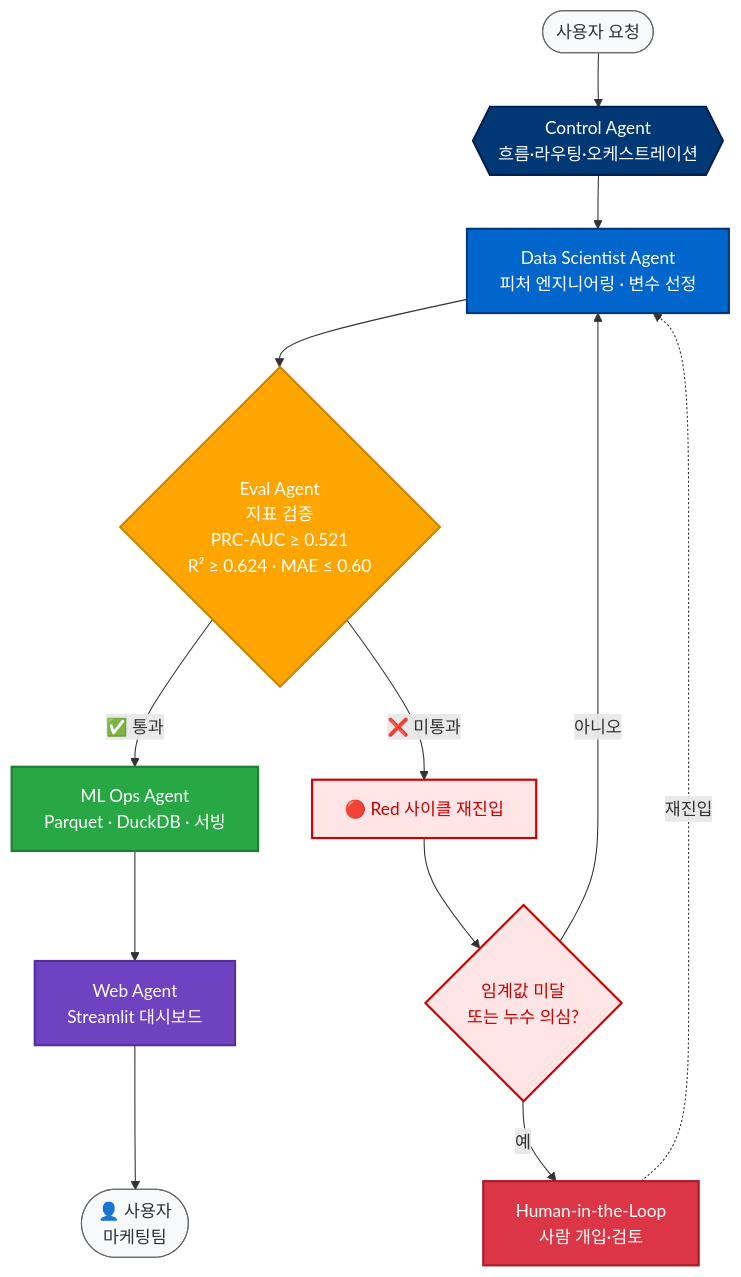
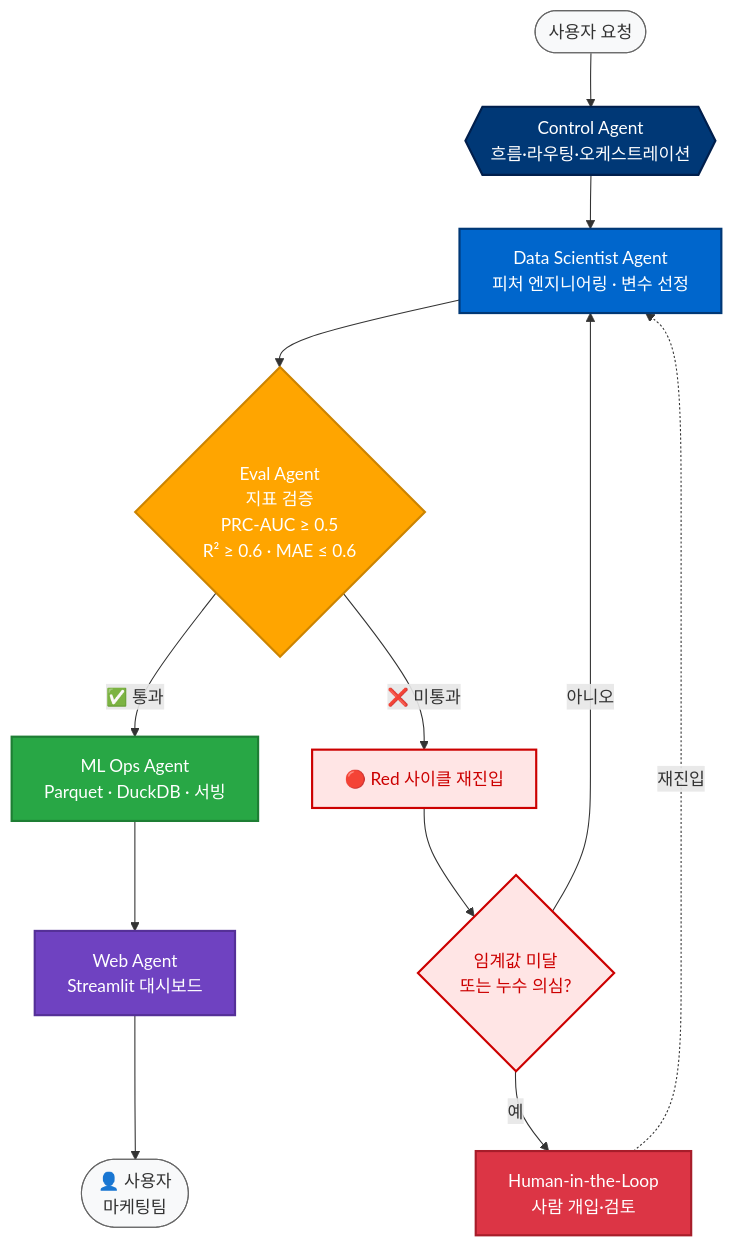
One commit to dkswndus/lg_hellovision_dx_data_school_01 changed the diagram in .github/agents/control-agent.agent.md. Above: the diagram before and after it, drawn with Mermaid. The commit also changed 2 other files, not shown here.

Commit message:
docs: 모델 통과 기준을 둥근값(베이스라인)으로 통일
- PRC-AUC ≥ 0.521 → 0.5 (불균형 데이터 무작위 예측 초과 기준)
- R² ≥ 0.624 → 0.6 (실무 활용 가능 설명력 60% 이상)
- MAE ≤ 0.60 → 0.6 (월 평균 구매 대비 30% 이내 오차)
- Eval Agent 문서에 기준 근거 명시 + 현재 달성 성능 별도 표기
- Mermaid 다이어그램 2곳 동기화 (control-agent · 포트폴리오)

````diff
--- a/.github/agents/control-agent.agent.md
+++ b/.github/agents/control-agent.agent.md
@@ -31,38 +31,38 @@
 ```mermaid
 flowchart TD
     Start([사용자 요청]) --> Control{{Control Agent<br/>흐름·라우팅·오케스트레이션}}
 
     Control --> DS[Data Scientist Agent<br/>피처 엔지니어링 · 변수 선정]
-    DS --> Eval{Eval Agent<br/>지표 검증<br/>PRC-AUC ≥ 0.521<br/>R² ≥ 0.624 · MAE ≤ 0.60}
+    DS --> Eval{Eval Agent<br/>지표 검증<br/>PRC-AUC ≥ 0.5<br/>R² ≥ 0.6 · MAE ≤ 0.6}
 
     Eval -->|✅ 통과| MLOps[ML Ops Agent<br/>Parquet · DuckDB · 서빙]
     Eval -->|❌ 미통과| Red[🔴 Red 사이클 재진입]
 
     MLOps --> Web[Web Agent<br/>Streamlit 대시보드]
     Web --> User([👤 사용자<br/>마케팅팀])
 
     Red --> Check{임계값 미달<br/>또는 누수 의심?}
     Check -->|예| HITL[Human-in-the-Loop<br/>사람 개입·검토]
     Check -->|아니오| DS
 
     HITL -.재진입.-> DS
 
     classDef control fill:#003876,stroke:#001f4d,color:#fff,stroke-width:2px
     classDef agent fill:#0066CC,stroke:#003876,color:#fff,stroke-width:2px
     classDef eval fill:#FFA500,stroke:#cc8400,color:#fff,stroke-width:2px
     classDef ops fill:#28A745,stroke:#1e7e34,color:#fff,stroke-width:2px
     classDef web fill:#6F42C1,stroke:#553098,color:#fff,stroke-width:2px
     classDef hitl fill:#DC3545,stroke:#a71d2a,color:#fff,stroke-width:2px
     classDef red fill:#FFE5E5,stroke:#CC0000,color:#CC0000,stroke-width:2px
     classDef terminal fill:#F8F9FA,stroke:#666,color:#333,stroke-width:1px
 
     class Control control
     class DS agent
     class Eval eval
     class MLOps ops
     class Web web
     class HITL hitl
     class Red red
     class Check red
     class Start,User terminal
 ```
````
